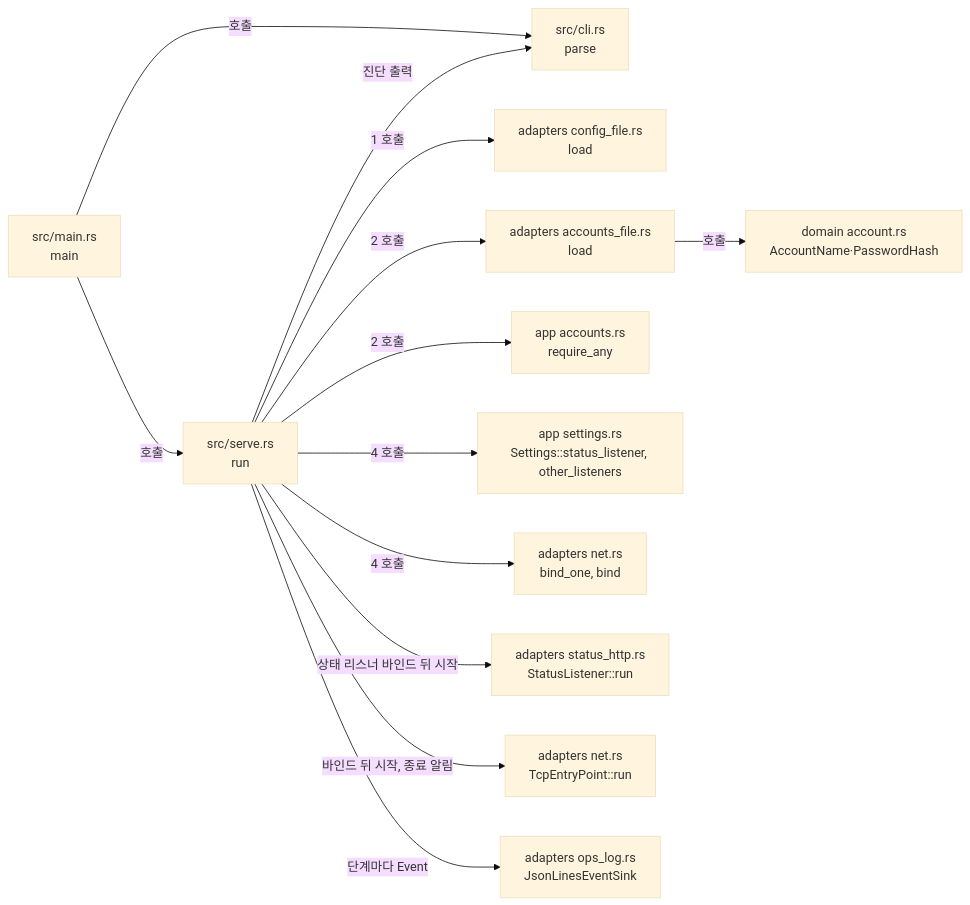
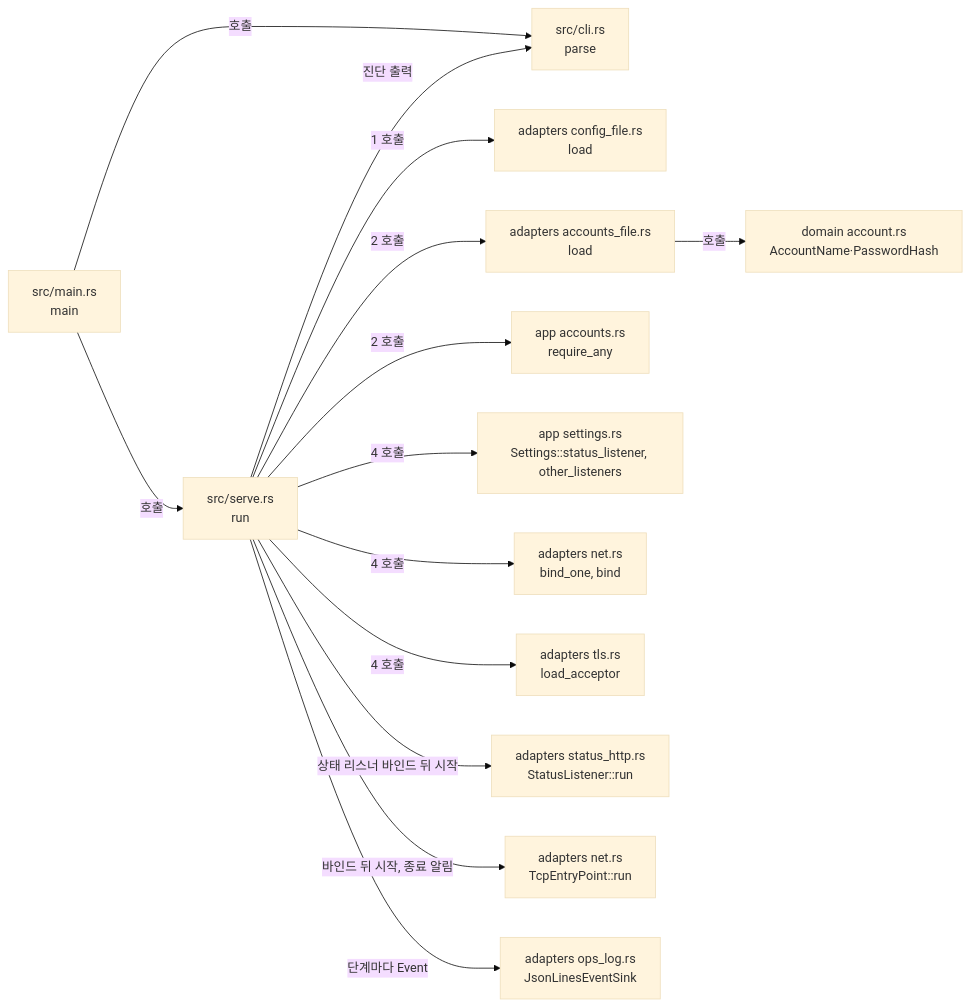
One commit to kayden-kim/vnc-relay changed the diagram in docs/architectures/serve-startup.md. Above: the diagram before and after it, drawn with Mermaid (base theme). The commit also changed other lines of this file and 40 other files, not shown here.

First line of the commit message:
feat(tls): add built-in TLS acceptor and start-time file check

````diff
--- a/docs/architectures/serve-startup.md
+++ b/docs/architectures/serve-startup.md
@@ -46,15 +46,16 @@
 ```mermaid
 flowchart LR
     MAIN["src/main.rs<br/>main"] -->|"호출"| CLI["src/cli.rs<br/>parse"]
     MAIN -->|"호출"| SERVE["src/serve.rs<br/>run"]
     SERVE -->|"1 호출"| CFG["adapters config_file.rs<br/>load"]
     SERVE -->|"2 호출"| ACC["adapters accounts_file.rs<br/>load"]
     ACC -->|"호출"| DACC["domain account.rs<br/>AccountName·PasswordHash"]
     SERVE -->|"2 호출"| REQ["app accounts.rs<br/>require_any"]
     SERVE -->|"4 호출"| PLAN["app settings.rs<br/>Settings::status_listener, other_listeners"]
     SERVE -->|"4 호출"| NET["adapters net.rs<br/>bind_one, bind"]
+    SERVE -->|"4 호출"| TLS["adapters tls.rs<br/>load_acceptor"]
     SERVE -->|"상태 리스너 바인드 뒤 시작"| STATUS["adapters status_http.rs<br/>StatusListener::run"]
     SERVE -->|"바인드 뒤 시작, 종료 알림"| EP["adapters net.rs<br/>TcpEntryPoint::run"]
     SERVE -->|"단계마다 Event"| LOG["adapters ops_log.rs<br/>JsonLinesEventSink"]
     SERVE -->|"진단 출력"| CLI
 ```
````
